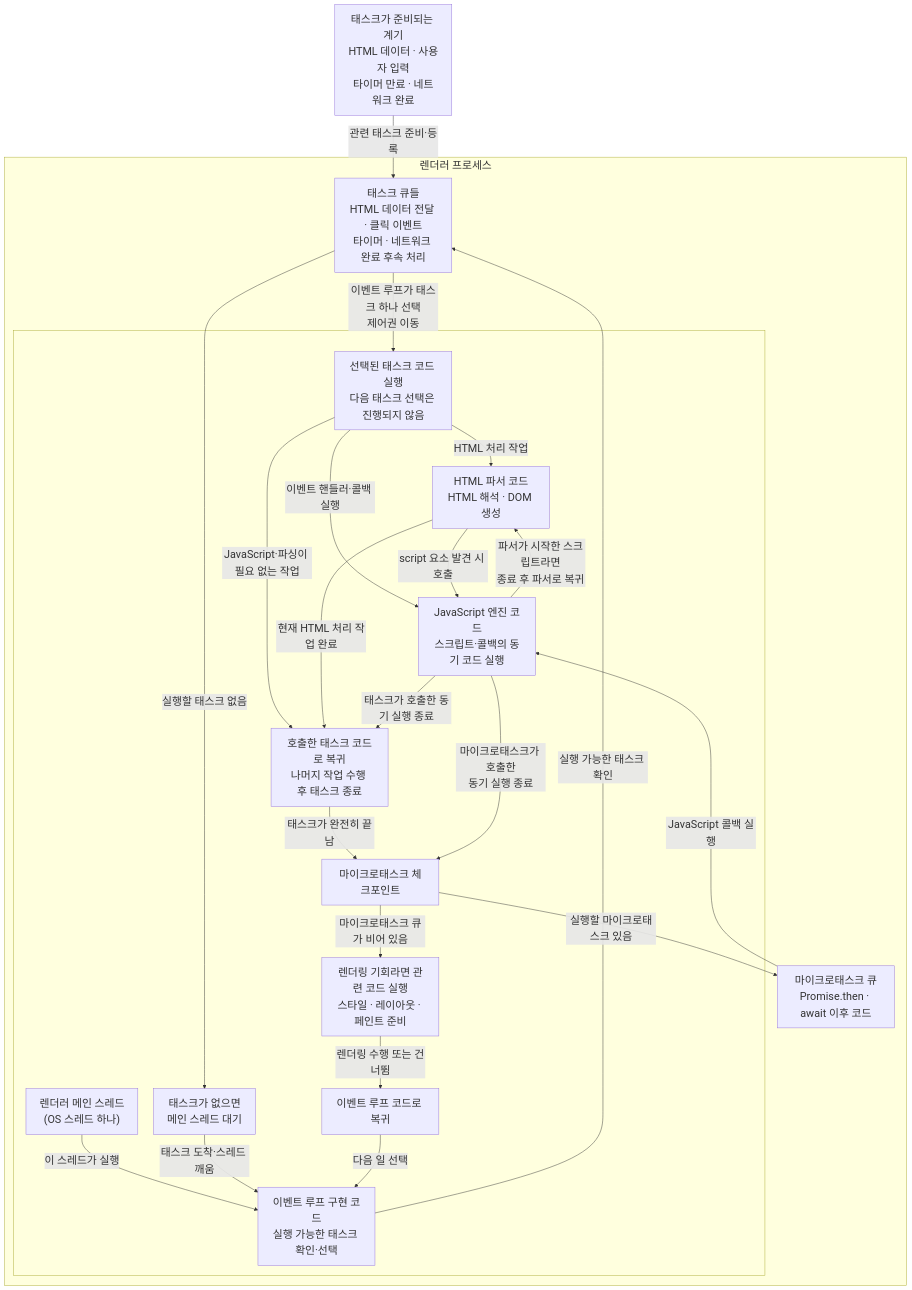
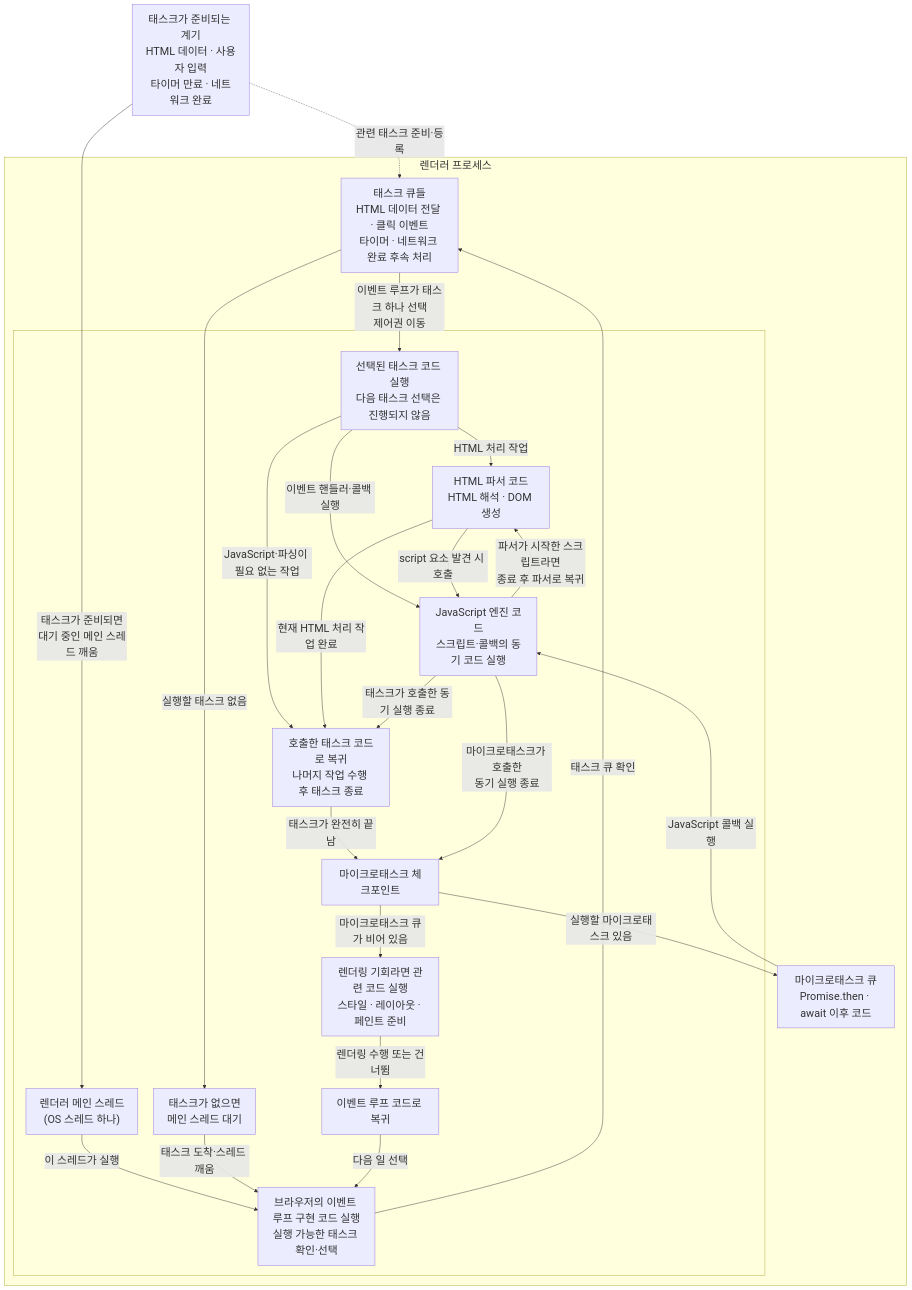
The second of 2 diagrams in docs/frontend-study/06-main-thread-call-stack-and-event-loop.md (lee-gimoon/futures-paper-trading), drawn with Mermaid before and after one commit.

Commit message:
docs: surface main thread event loop flow

````diff
--- a/docs/frontend-study/06-main-thread-call-stack-and-event-loop.md
+++ b/docs/frontend-study/06-main-thread-call-stack-and-event-loop.md
@@ -53,44 +53,45 @@
 ```mermaid
 %%{init: {"themeVariables": {"fontSize": "24px"}, "flowchart": {"nodeSpacing": 35, "rankSpacing": 45, "subGraphTitleMargin": {"top": 0, "bottom": 24}}}}%%
 flowchart TB
   SOURCES["태스크가 준비되는 계기<br/>HTML 데이터 · 사용자 입력<br/>타이머 만료 · 네트워크 완료"]
 
   subgraph RENDERER["렌더러 프로세스"]
     TQ["태스크 큐들<br/>HTML 데이터 전달 · 클릭 이벤트<br/>타이머 · 네트워크 완료 후속 처리"]
     MQ["마이크로태스크 큐<br/>Promise.then · await 이후 코드"]
 
     subgraph MAIN[" "]
       THREAD["렌더러 메인 스레드<br/>(OS 스레드 하나)"]
-      EL["이벤트 루프 구현 코드<br/>실행 가능한 태스크 확인·선택"]
+      EL["브라우저의 이벤트 루프 구현 코드 실행<br/>실행 가능한 태스크 확인·선택"]
       WAIT["태스크가 없으면<br/>메인 스레드 대기"]
       TASK["선택된 태스크 코드 실행<br/>다음 태스크 선택은 진행되지 않음"]
       PARSER["HTML 파서 코드<br/>HTML 해석 · DOM 생성"]
       JS["JavaScript 엔진 코드<br/>스크립트·콜백의 동기 코드 실행"]
       TASK_RETURN["호출한 태스크 코드로 복귀<br/>나머지 작업 수행 후 태스크 종료"]
       CHECK["마이크로태스크 체크포인트"]
       RENDER["렌더링 기회라면 관련 코드 실행<br/>스타일 · 레이아웃 · 페인트 준비"]
       RETURN["이벤트 루프 코드로 복귀"]
     end
   end
 
-  SOURCES -->|"관련 태스크 준비·등록"| TQ
+  SOURCES -.->|"관련 태스크 준비·등록"| TQ
+  SOURCES -->|"태스크가 준비되면<br/>대기 중인 메인 스레드 깨움"| THREAD
   THREAD -->|"이 스레드가 실행"| EL
-  EL -->|"실행 가능한 태스크 확인"| TQ
+  EL -->|"태스크 큐 확인"| TQ
   TQ -->|"실행할 태스크 없음"| WAIT
   WAIT -->|"태스크 도착·스레드 깨움"| EL
   TQ -->|"이벤트 루프가 태스크 하나 선택<br/>제어권 이동"| TASK
   TASK -->|"HTML 처리 작업"| PARSER
   TASK -->|"이벤트 핸들러·콜백 실행"| JS
   TASK -->|"JavaScript·파싱이 필요 없는 작업"| TASK_RETURN
   PARSER -->|"script 요소 발견 시 호출"| JS
   JS -->|"파서가 시작한 스크립트라면<br/>종료 후 파서로 복귀"| PARSER
   PARSER -->|"현재 HTML 처리 작업 완료"| TASK_RETURN
   JS -->|"태스크가 호출한 동기 실행 종료"| TASK_RETURN
   TASK_RETURN -->|"태스크가 완전히 끝남"| CHECK
   CHECK -->|"실행할 마이크로태스크 있음"| MQ
   MQ -->|"JavaScript 콜백 실행"| JS
   JS -->|"마이크로태스크가 호출한<br/>동기 실행 종료"| CHECK
   CHECK -->|"마이크로태스크 큐가 비어 있음"| RENDER
   RENDER -->|"렌더링 수행 또는 건너뜀"| RETURN
   RETURN -->|"다음 일 선택"| EL
 ```
````
